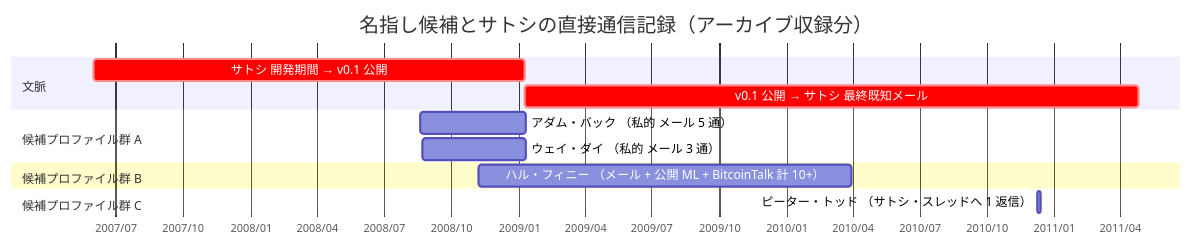
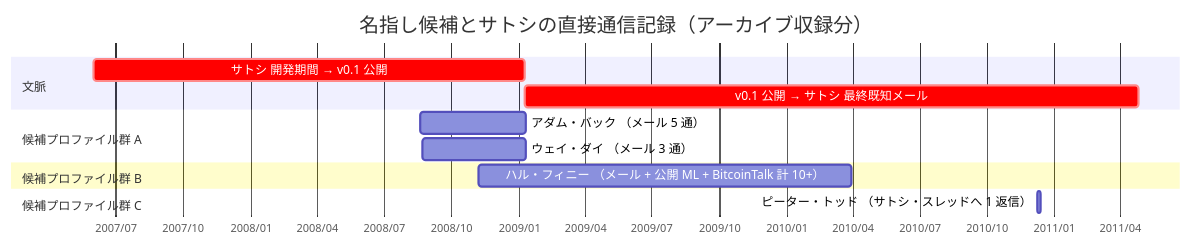
The first of 2 diagrams in src/data/translations/ja/analysis/2008-10-31-satoshi-identity-hypotheses-overview.md (cypher256/BitcoinArchive), drawn with Mermaid before and after one commit. The commit also changed other lines of this file and 30 other files, not shown here.

````diff
--- a/src/data/translations/ja/analysis/2008-10-31-satoshi-identity-hypotheses-overview.md
+++ b/src/data/translations/ja/analysis/2008-10-31-satoshi-identity-hypotheses-overview.md
@@ -126,20 +126,20 @@
 ```mermaid
 gantt
     title 名指し候補とサトシの直接通信記録（アーカイブ収録分）
     dateFormat YYYY-MM-DD
     axisFormat %Y/%m
 
     section 文脈
     サトシ 開発期間 → v0.1 公開 :crit, 2007-06-01, 2009-01-09
     v0.1 公開 → サトシ 最終既知メール :crit, 2009-01-09, 2011-04-26
 
     section 候補プロファイル群 A
-    アダム・バック （私的 メール 5 通） :2008-08-20, 2009-01-11
-    ウェイ・ダイ （私的 メール 3 通） :2008-08-22, 2009-01-11
+    アダム・バック （メール 5 通） :2008-08-20, 2009-01-11
+    ウェイ・ダイ （メール 3 通） :2008-08-22, 2009-01-11
 
     section 候補プロファイル群 B
     ハル・フィニー （メール + 公開 ML + BitcoinTalk 計 10+） :2008-11-07, 2010-03-31
 
     section 候補プロファイル群 C
     ピーター・トッド （サトシ・スレッドへ 1 返信） :2010-12-09, 2010-12-13
 ```
````
